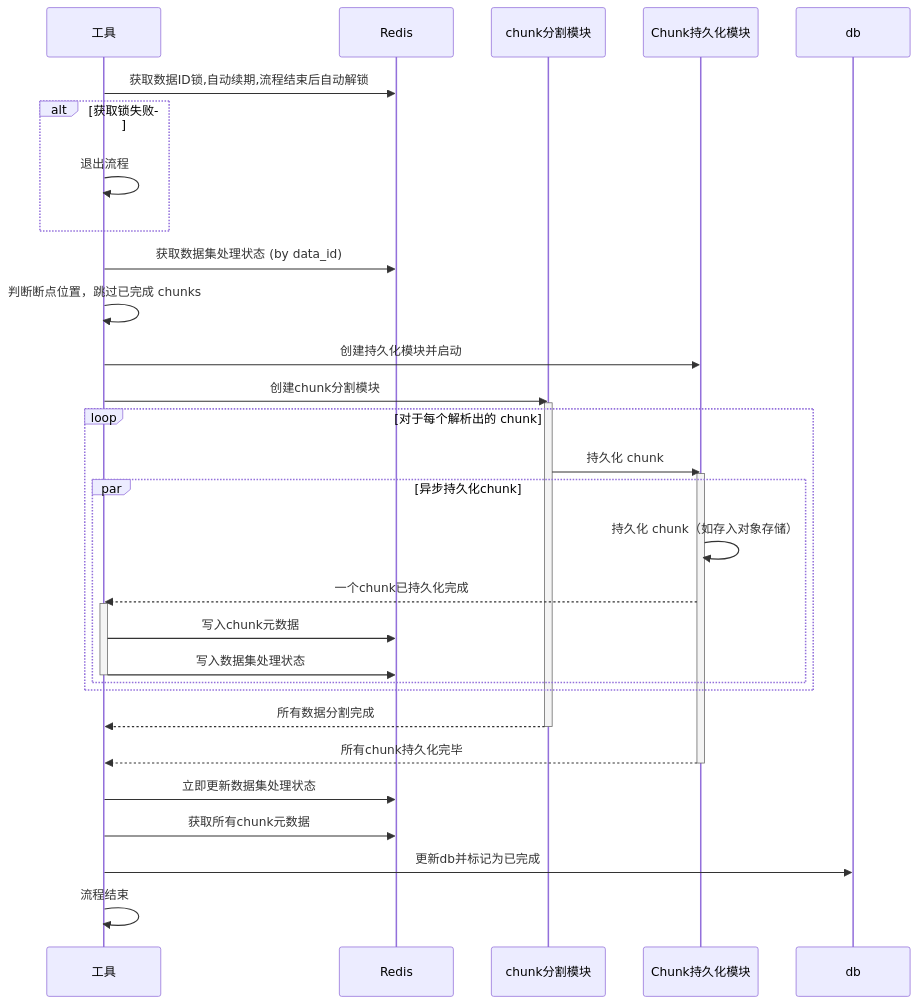
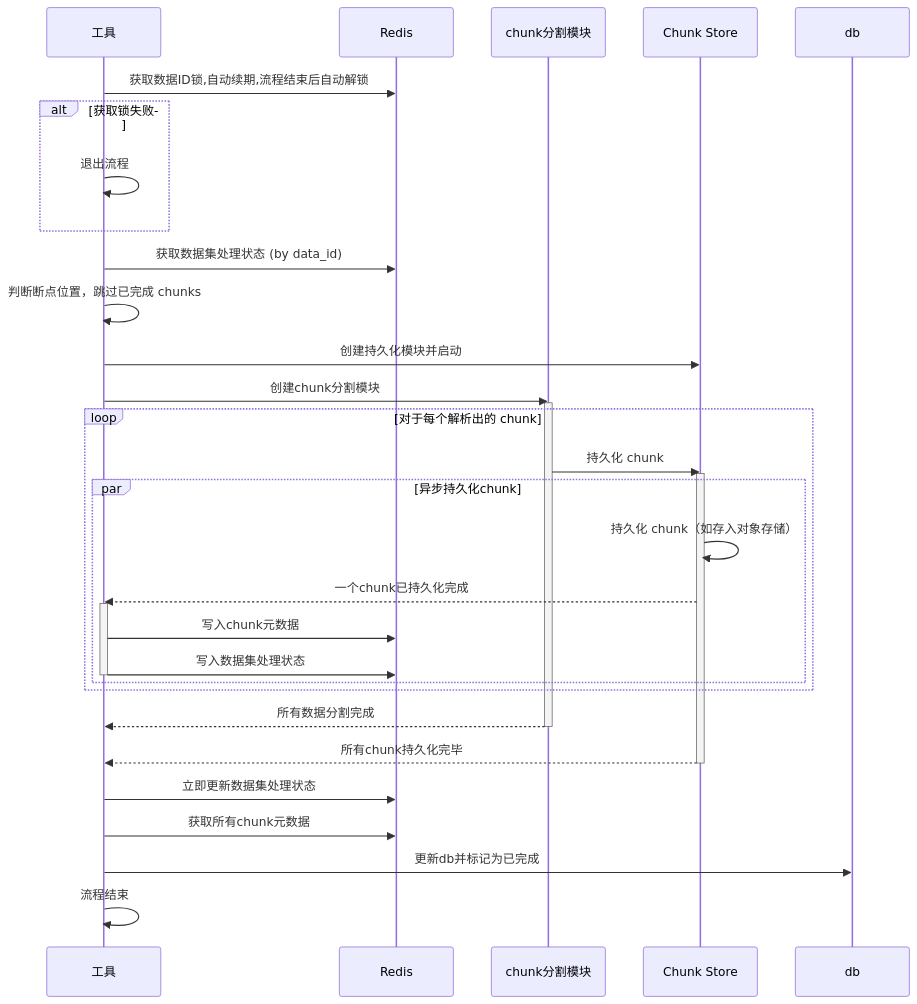
Before and after one commit to zlyuancn/dataset_backend: the first of 2 diagrams in doc/interior_design/interior_design.md, drawn with Mermaid. The commit also changed other lines of this file, not shown here.

````diff
--- a/doc/interior_design/interior_design.md
+++ b/doc/interior_design/interior_design.md
@@ -4,50 +4,50 @@
 ```mermaid
 sequenceDiagram
     participant a as 工具
     participant b as Redis
     participant c as chunk分割模块
-    participant d as Chunk持久化模块
+    participant d as Chunk Store
     participant e as db
 
     a->>b: 获取数据ID锁,自动续期,流程结束后自动解锁
     alt 获取锁失败
         a->>a: 退出流程
     end
 
     a->>b: 获取数据集处理状态 (by data_id)
 
     a->>a: 判断断点位置，跳过已完成 chunks
     a->>d: 创建持久化模块并启动
     a->>c: 创建chunk分割模块
 
     activate c
 
     loop 对于每个解析出的 chunk
         c->>d: 持久化 chunk
         activate d
         par 异步持久化chunk
         d->>d: 持久化 chunk（如存入对象存储）
 
         d-->>a: 一个chunk已持久化完成
         activate a
         a->>b: 写入chunk元数据
         a->>b: 写入数据集处理状态
         deactivate a
 
         end
     end
 
     c-->>a: 所有数据分割完成
     deactivate c
 
     d-->>a: 所有chunk持久化完毕
     deactivate d
 
     a->>b: 立即更新数据集处理状态
 
     a->>b: 获取所有chunk元数据
 
     a->>e: 更新db并标记为已完成
 
     a->>a: 流程结束
 ```
````
